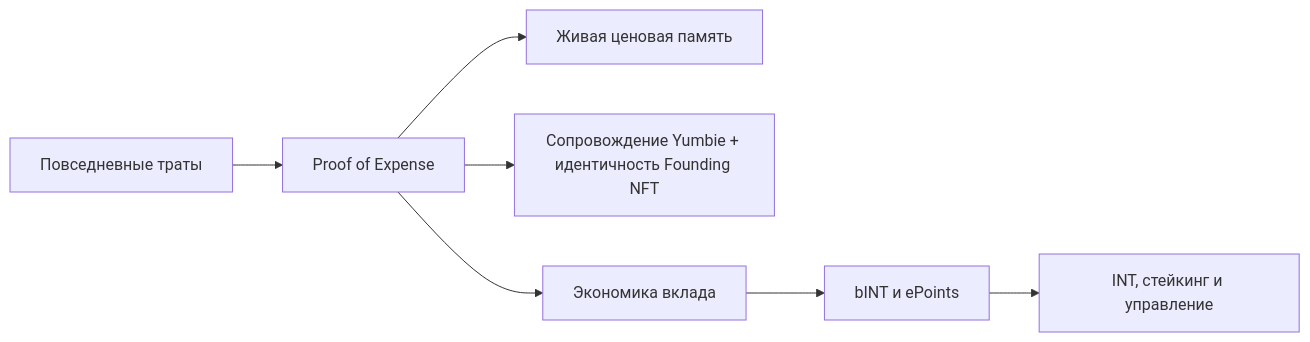
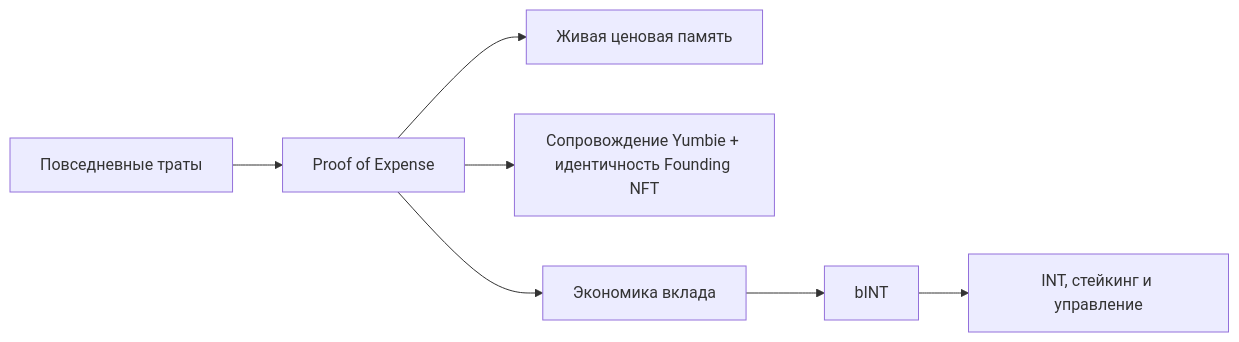
Before and after one commit to Yumo-Yumo-Inc/yumoyumohq: the diagram in content/whitepaper/ru/README.md, drawn with Mermaid. The commit also changed 1048 other files, not shown here.

````diff
--- a/content/whitepaper/ru/README.md
+++ b/content/whitepaper/ru/README.md
@@ -19,9 +19,9 @@
 ```mermaid
 flowchart LR
     A["Повседневные траты"] --> B["Proof of Expense"]
     B --> C["Живая ценовая память"]
     B --> D["Сопровождение Yumbie + идентичность Founding NFT"]
     B --> E["Экономика вклада"]
-    E --> F["bINT и ePoints"]
+    E --> F["bINT"]
     F --> G["INT, стейкинг и управление"]
 ```
````
